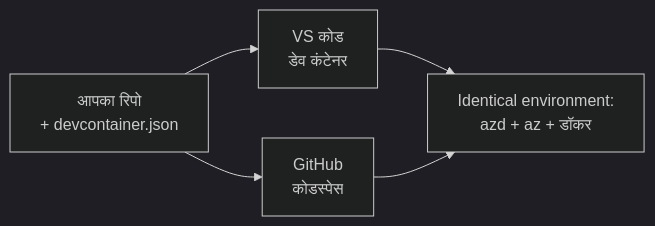
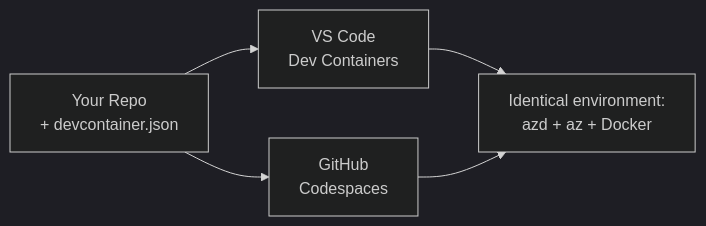
One commit to microsoft/AZD-for-beginners changed the diagram in translations/hi/docs/chapter-01-foundation/dev-containers.md. Above: the diagram before and after it, drawn with Mermaid (dark theme). The commit also changed other lines of this file and 76 other files, not shown here.

````diff
--- a/translations/hi/docs/chapter-01-foundation/dev-containers.md
+++ b/translations/hi/docs/chapter-01-foundation/dev-containers.md
@@ -41,7 +41,7 @@
 ```mermaid
 graph LR
-    Repo[आपका रिपो<br/>+ devcontainer.json] --> VSCode[VS कोड<br/>डेव कंटेनर]
-    Repo --> Codespaces[GitHub<br/>कोडस्पेस]
-    VSCode --> Env[Identical environment:<br/>azd + az + डॉकर]
+    Repo[Your Repo<br/>+ devcontainer.json] --> VSCode[VS Code<br/>Dev Containers]
+    Repo --> Codespaces[GitHub<br/>Codespaces]
+    VSCode --> Env[Identical environment:<br/>azd + az + Docker]
     Codespaces --> Env
 ```
````
